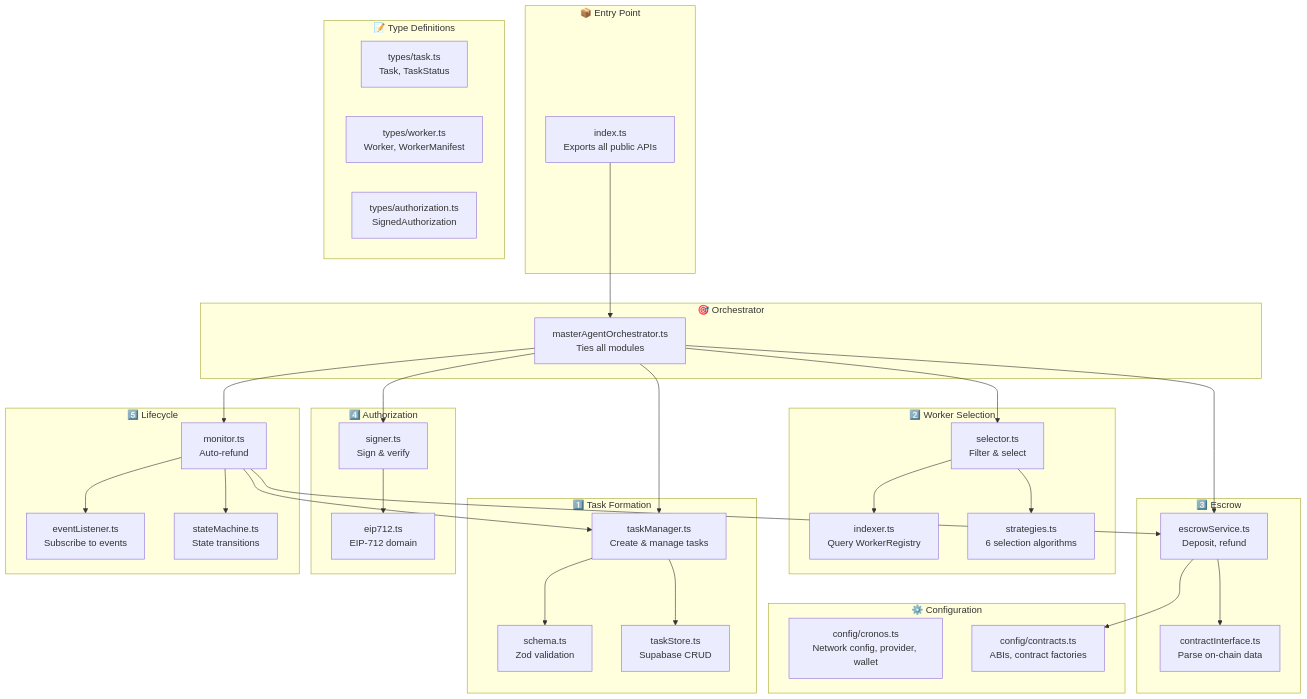
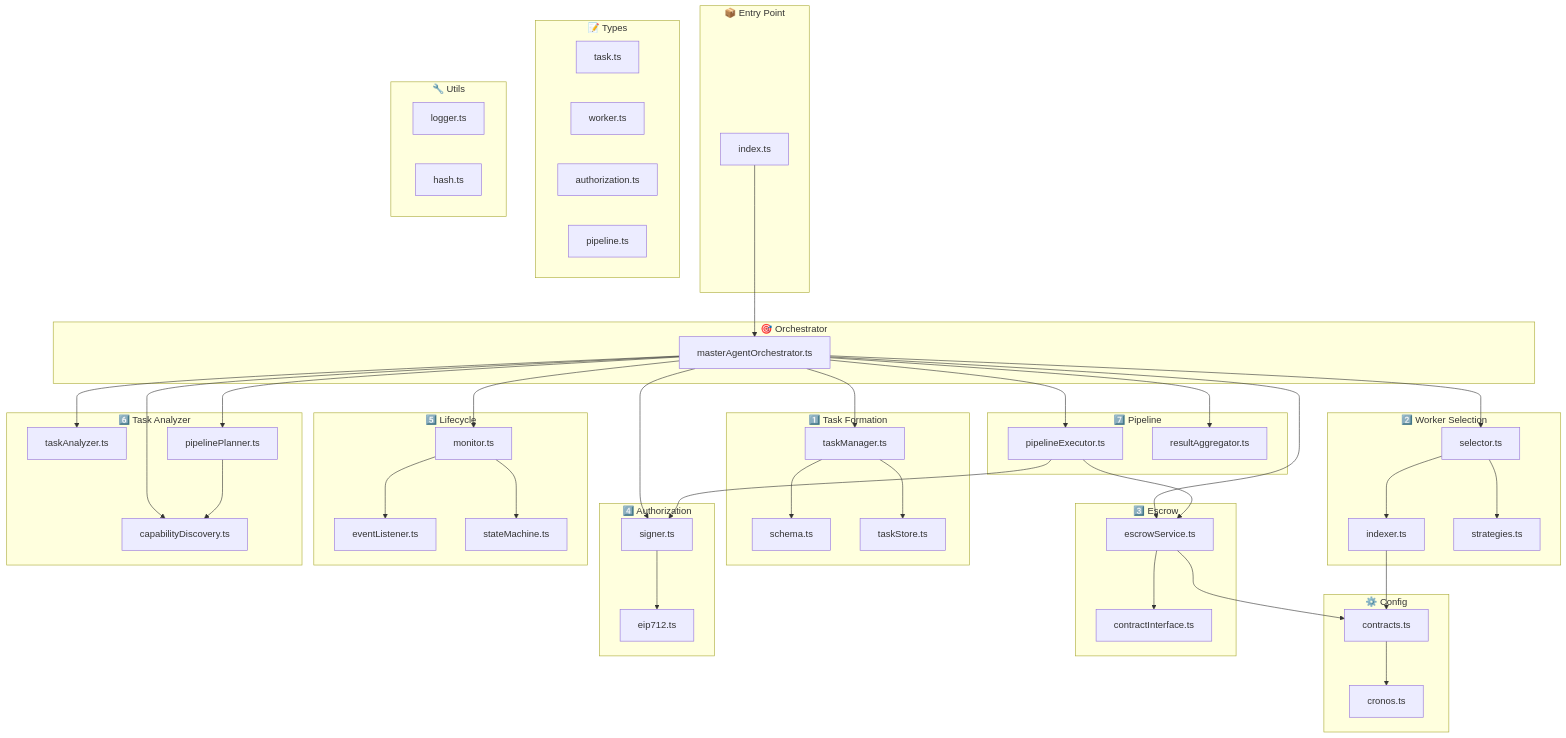
One commit to Ranish-Garg/Econos changed the second of 2 diagrams in packages/master-agent/README.md. Above: the diagram before and after it, drawn with Mermaid. The commit also changed other lines of this file, not shown here.

Commit message:
docs(master-agent): update README with task analyzer architecture - Add AI Task Analyzer and pipeline module documentation - Update Mermaid architecture diagrams

````diff
--- a/packages/master-agent/README.md
+++ b/packages/master-agent/README.md
@@ -17,69 +103,99 @@
 ```mermaid
 flowchart TB
     subgraph Entry["📦 Entry Point"]
-        index["index.ts<br/>Exports all public APIs"]
+        index["index.ts"]
     end
 
-    subgraph Config["⚙️ Configuration"]
-        cronos["config/cronos.ts<br/>Network config, provider, wallet"]
-        contracts["config/contracts.ts<br/>ABIs, contract factories"]
+    subgraph Orchestrator["🎯 Orchestrator"]
+        master["masterAgentOrchestrator.ts"]
     end
 
-    subgraph Types["📝 Type Definitions"]
-        taskTypes["types/task.ts<br/>Task, TaskStatus"]
-        workerTypes["types/worker.ts<br/>Worker, WorkerManifest"]
-        authTypes["types/authorization.ts<br/>SignedAuthorization"]
+    subgraph Config["⚙️ Config"]
+        cronos["cronos.ts"]
+        contracts["contracts.ts"]
+    end
+
+    subgraph Types["📝 Types"]
+        taskT["task.ts"]
+        workerT["worker.ts"]
+        authT["authorization.ts"]
+        pipelineT["pipeline.ts"]
     end
 
     subgraph TaskFormation["1️⃣ Task Formation"]
-        schema["schema.ts<br/>Zod validation"]
-        taskStore["taskStore.ts<br/>Supabase CRUD"]
-        taskManager["taskManager.ts<br/>Create & manage tasks"]
+        schema["schema.ts"]
+        store["taskStore.ts"]
+        taskMgr["taskManager.ts"]
     end
 
-    subgraph WorkerSelection["2️⃣ Worker Selection"]
-        indexer["indexer.ts<br/>Query WorkerRegistry"]
-        strategies["strategies.ts<br/>6 selection algorithms"]
-        selector["selector.ts<br/>Filter & select"]
+    subgraph WorkerSel["2️⃣ Worker Selection"]
+        indexer["indexer.ts"]
+        strategies["strategies.ts"]
+        selector["selector.ts"]
     end
 
-    subgraph Escrow["3️⃣ Escrow"]
-        contractInterface["contractInterface.ts<br/>Parse on-chain data"]
-        escrowService["escrowService.ts<br/>Deposit, refund"]
+    subgraph EscrowMod["3️⃣ Escrow"]
+        contractInt["contractInterface.ts"]
+        escrowSvc["escrowService.ts"]
     end
 
-    subgraph Authorization["4️⃣ Authorization"]
-        eip712["eip712.ts<br/>EIP-712 domain"]
-        signer["signer.ts<br/>Sign & verify"]
+    subgraph AuthMod["4️⃣ Authorization"]
+        eip712["eip712.ts"]
+        signer["signer.ts"]
     end
 
-    subgraph Lifecycle["5️⃣ Lifecycle"]
-        eventListener["eventListener.ts<br/>Subscribe to events"]
-        stateMachine["stateMachine.ts<br/>State transitions"]
-        monitor["monitor.ts<br/>Auto-refund"]
+    subgraph LifecycleMod["5️⃣ Lifecycle"]
+        eventList["eventListener.ts"]
+        stateMach["stateMachine.ts"]
+        monitor["monitor.ts"]
     end
 
-    subgraph Orchestrator["🎯 Orchestrator"]
-        masterAgent["masterAgentOrchestrator.ts<br/>Ties all modules"]
+    subgraph TaskAnalyzer["6️⃣ Task Analyzer"]
+        capDisc["capabilityDiscovery.ts"]
+        taskAnal["taskAnalyzer.ts"]
+        pipePlan["pipelinePlanner.ts"]
     end
 
-    masterAgent --> taskManager
-    masterAgent --> selector
-    masterAgent --> escrowService
-    masterAgent --> signer
-    masterAgent --> monitor
+    subgraph Pipeline["7️⃣ Pipeline"]
+        pipeExec["pipelineExecutor.ts"]
+        resultAgg["resultAggregator.ts"]
+    end
 
-    taskManager --> schema
-    taskManager --> taskStore
+    subgraph Utils["🔧 Utils"]
+        logger["logger.ts"]
+        hash["hash.ts"]
+    end
+
+    %% Entry
+    index --> master
+
+    %% Orchestrator dependencies
+    master --> taskMgr
+    master --> selector
+    master --> escrowSvc
+    master --> signer
+    master --> monitor
+    master --> capDisc
+    master --> taskAnal
+    master --> pipePlan
+    master --> pipeExec
+    master --> resultAgg
+
+    %% Module internal deps
+    taskMgr --> schema
+    taskMgr --> store
     selector --> indexer
     selector --> strategies
-    escrowService --> contractInterface
-    escrowService --> contracts
+    escrowSvc --> contractInt
     signer --> eip712
-    monitor --> eventListener
-    monitor --> stateMachine
-    monitor --> taskManager
-    monitor --> escrowService
+    monitor --> eventList
+    monitor --> stateMach
+    pipePlan --> capDisc
+    pipeExec --> escrowSvc
+    pipeExec --> signer
 
-    index --> masterAgent
+    %% Config deps
+    escrowSvc --> contracts
+    indexer --> contracts
+    contracts --> cronos
 ```
````
